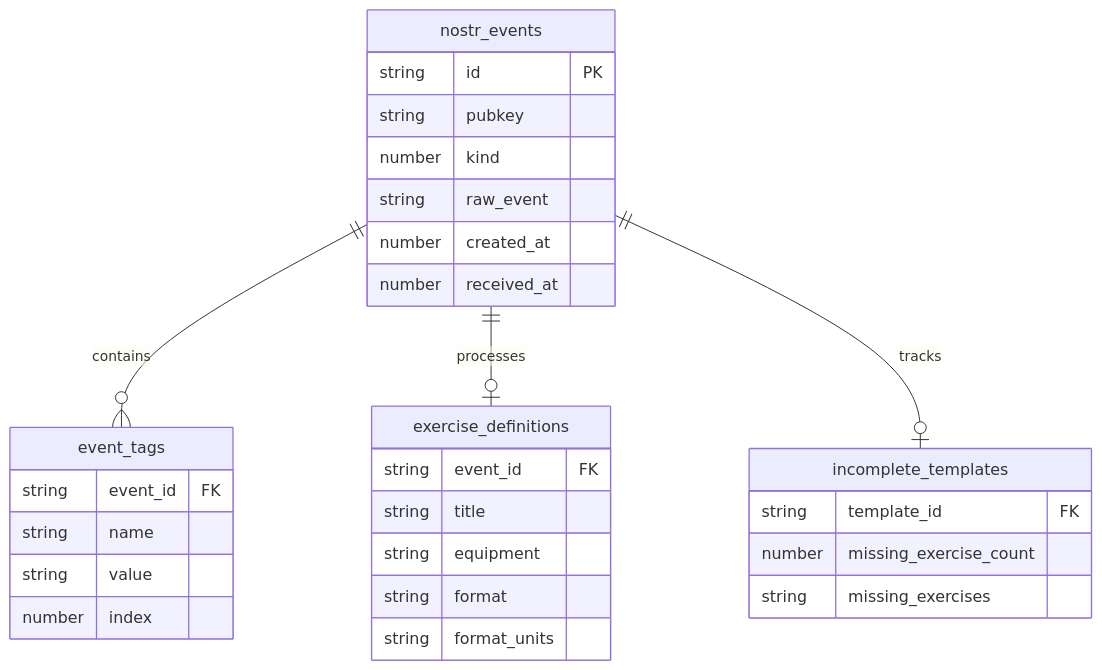
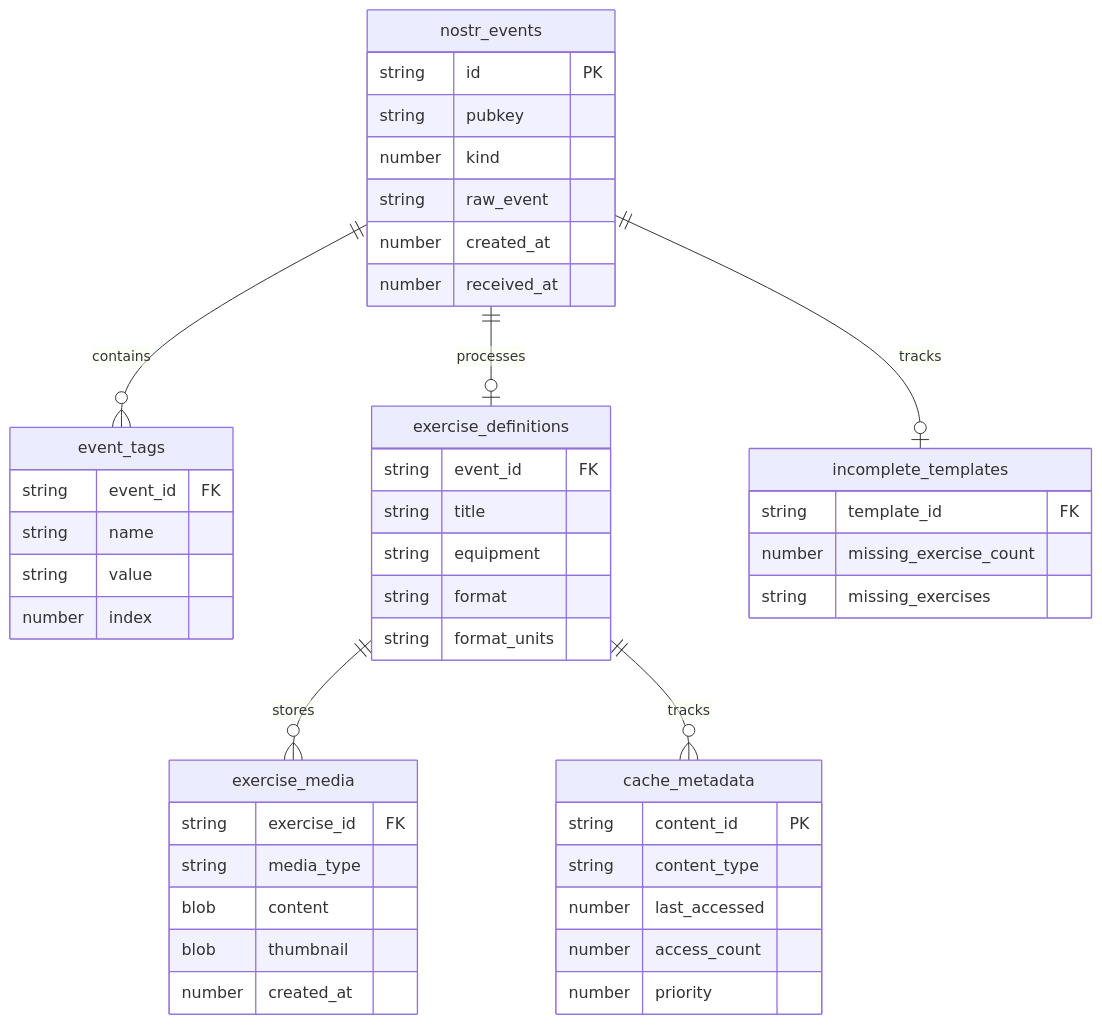
The first of 4 diagrams in docs/design/database_architecture.md (DocNR/POWR), drawn with Mermaid before and after one commit. The commit also changed other lines of this file and 1 other file, not shown here.

````diff
--- a/docs/design/database_architecture.md
+++ b/docs/design/database_architecture.md
@@ -13,32 +15,54 @@
 ```mermaid
 erDiagram
     nostr_events ||--o{ event_tags : contains
     nostr_events ||--o| exercise_definitions : processes
     nostr_events ||--o| incomplete_templates : tracks
+    exercise_definitions ||--o{ exercise_media : stores
+    exercise_definitions ||--o{ cache_metadata : tracks
+    
     nostr_events {
         string id PK
         string pubkey
         number kind
         string raw_event
         number created_at
         number received_at
     }
+    
     event_tags {
         string event_id FK
         string name
         string value
         number index
     }
+    
     exercise_definitions {
         string event_id FK
         string title
         string equipment
         string format
         string format_units
     }
+    
+    exercise_media {
+        string exercise_id FK
+        string media_type
+        blob content
+        blob thumbnail
+        number created_at
+    }
+    
+    cache_metadata {
+        string content_id PK
+        string content_type
+        number last_accessed
+        number access_count
+        number priority
+    }
+    
     incomplete_templates {
         string template_id FK
         number missing_exercise_count
         string missing_exercises
     }
 ```
````
